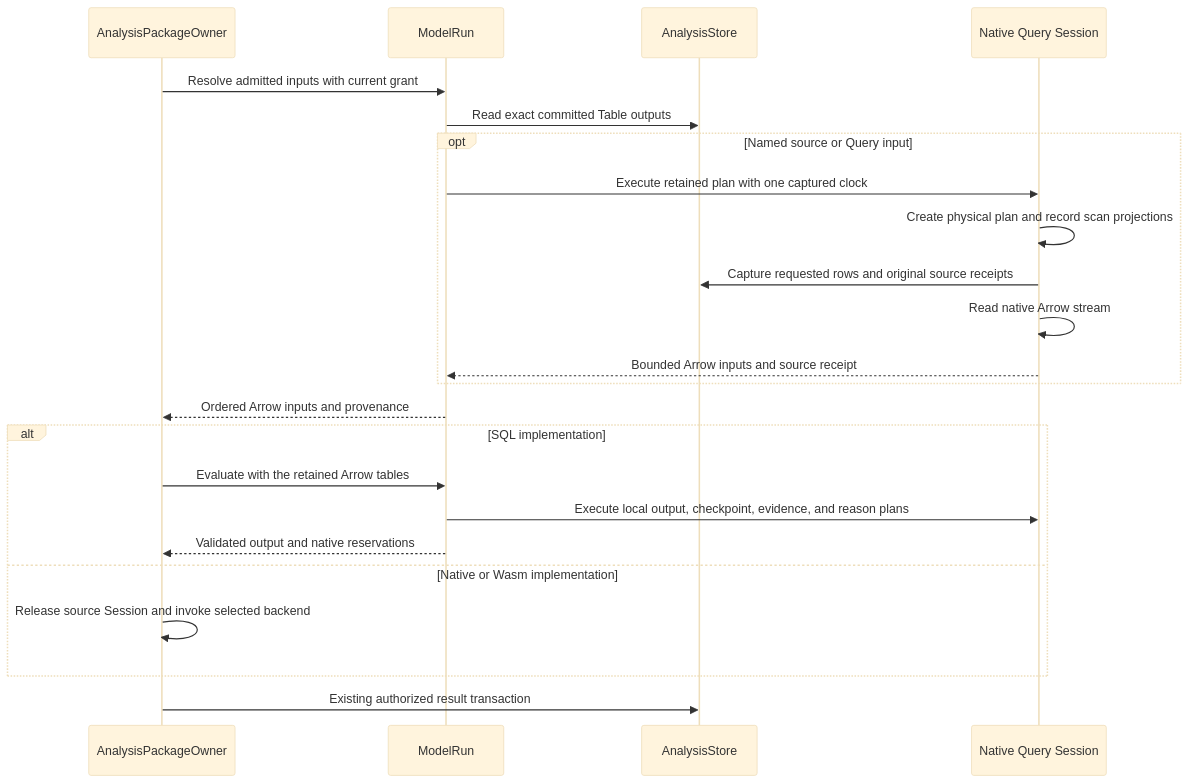
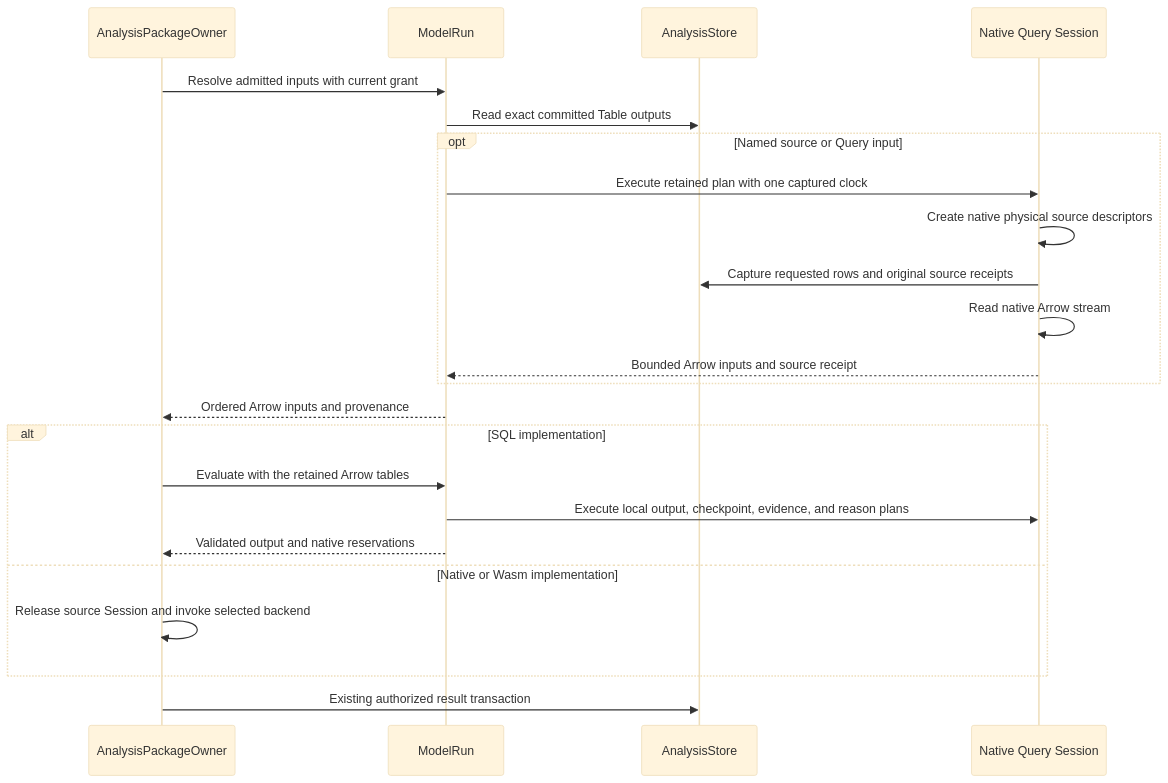
One commit to Ereborlabs/erebor-runtime changed the diagram in docs/guides/araphor-sql-operation-review.md. Above: the diagram before and after it, drawn with Mermaid (base theme). The commit also changed other lines of this file and 13 other files, not shown here.

Commit message:
Derive source captures from native physical descriptors

````diff
--- a/docs/guides/araphor-sql-operation-review.md
+++ b/docs/guides/araphor-sql-operation-review.md
@@ -51,25 +51,25 @@
 ```mermaid
 sequenceDiagram
     participant Package as AnalysisPackageOwner
     participant Input as ModelRun
     participant Store as AnalysisStore
     participant Session as Native Query Session
     Package->>Input: Resolve admitted inputs with current grant
     Input->>Store: Read exact committed Table outputs
     opt Named source or Query input
         Input->>Session: Execute retained plan with one captured clock
-        Session->>Session: Create physical plan and record scan projections
+        Session->>Session: Create native physical source descriptors
         Session->>Store: Capture requested rows and original source receipts
         Session->>Session: Read native Arrow stream
         Session-->>Input: Bounded Arrow inputs and source receipt
     end
     Input-->>Package: Ordered Arrow inputs and provenance
     alt SQL implementation
         Package->>Input: Evaluate with the retained Arrow tables
         Input->>Session: Execute local output, checkpoint, evidence, and reason plans
         Input-->>Package: Validated output and native reservations
     else Native or Wasm implementation
         Package->>Package: Release source Session and invoke selected backend
     end
     Package->>Store: Existing authorized result transaction
 ```
````
